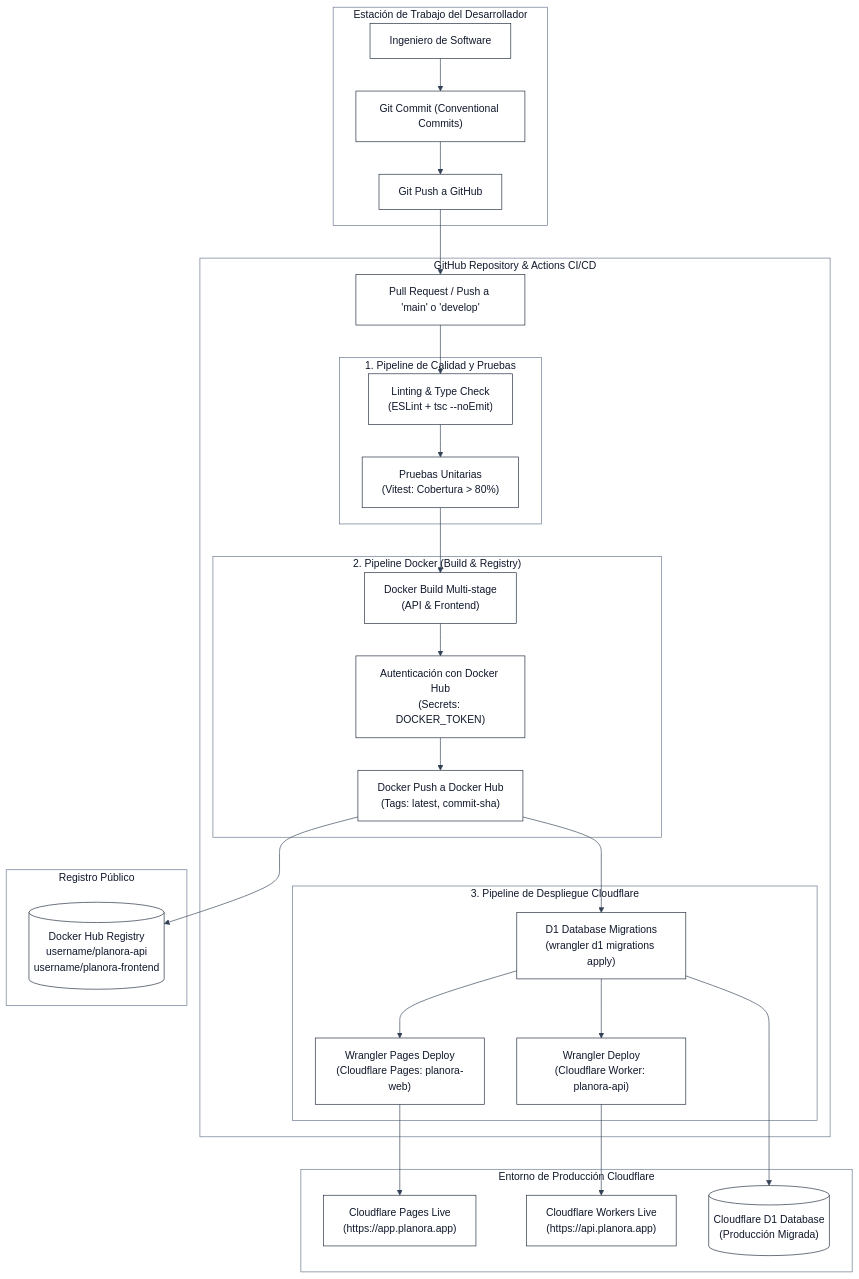
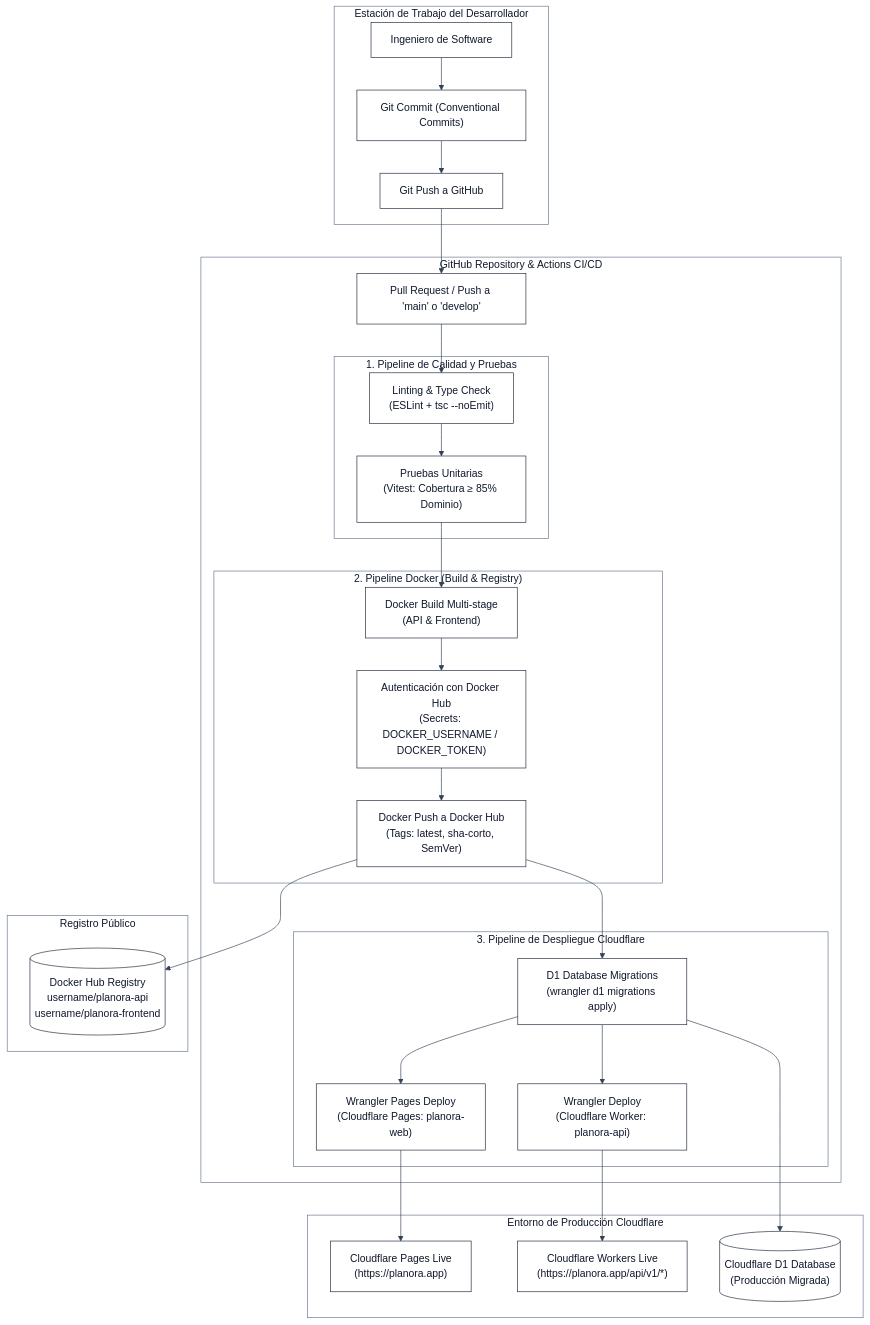
Before and after one commit to Federico2003/GestionEventos: the diagram in docs/deployment.md, drawn with Mermaid. The commit also changed other lines of this file and 13 other files, not shown here.

Commit message:
docs: actualizar README, arquitectura, estrategia de ramas, Docker, D1 y despliegue con el estado final #22

````diff
--- a/docs/deployment.md
+++ b/docs/deployment.md
@@ -26,72 +26,72 @@
 ```mermaid
 %%{init: {
   'theme': 'base',
   'themeVariables': {
     'primaryColor': '#ffffff',
     'primaryBorderColor': '#1e293b',
     'primaryTextColor': '#0f172a',
     'lineColor': '#334155',
     'secondaryColor': '#ffffff',
     'tertiaryColor': '#ffffff',
     'mainBkg': '#ffffff',
     'nodeBorder': '#1e293b',
     'nodeTextColor': '#0f172a',
     'clusterBkg': '#ffffff',
     'clusterBorder': '#64748b',
     'clusterTextColor': '#0f172a',
     'titleColor': '#0f172a',
     'edgeLabelBackground': '#ffffff'
   }
 }}%%
 flowchart TD
     subgraph DevStation["Estación de Trabajo del Desarrollador"]
         Dev["Ingeniero de Software"]
         GitCommit["Git Commit (Conventional Commits)"]
         GitPush["Git Push a GitHub"]
     end
 
     subgraph GitHubPlatform["GitHub Repository & Actions CI/CD"]
         PRCheck["Pull Request / Push a 'main' o 'develop'"]
         
         subgraph Stage1["1. Pipeline de Calidad y Pruebas"]
             LintJob["Linting & Type Check\n(ESLint + tsc --noEmit)"]
-            TestJob["Pruebas Unitarias\n(Vitest: Cobertura > 80%)"]
+            TestJob["Pruebas Unitarias\n(Vitest: Cobertura ≥ 85% Dominio)"]
         end
 
         subgraph Stage2["2. Pipeline Docker (Build & Registry)"]
             DockerBuild["Docker Build Multi-stage\n(API & Frontend)"]
-            DockerHubAuth["Autenticación con Docker Hub\n(Secrets: DOCKER_TOKEN)"]
-            DockerPush["Docker Push a Docker Hub\n(Tags: latest, commit-sha)"]
+            DockerHubAuth["Autenticación con Docker Hub\n(Secrets: DOCKER_USERNAME / DOCKER_TOKEN)"]
+            DockerPush["Docker Push a Docker Hub\n(Tags: latest, sha-corto, SemVer)"]
         end
 
         subgraph Stage3["3. Pipeline de Despliegue Cloudflare"]
             WranglerWorker["Wrangler Deploy\n(Cloudflare Worker: planora-api)"]
             WranglerPages["Wrangler Pages Deploy\n(Cloudflare Pages: planora-web)"]
             D1Migrate["D1 Database Migrations\n(wrangler d1 migrations apply)"]
         end
     end
 
     subgraph Registries["Registro Público"]
         DockerHubRegistry[("Docker Hub Registry\nusername/planora-api\nusername/planora-frontend")]
     end
 
     subgraph CloudflareProduction["Entorno de Producción Cloudflare"]
-        CFPagesLive["Cloudflare Pages Live\n(https://app.planora.app)"]
-        CFWorkersLive["Cloudflare Workers Live\n(https://api.planora.app)"]
+        CFPagesLive["Cloudflare Pages Live\n(https://planora.app)"]
+        CFWorkersLive["Cloudflare Workers Live\n(https://planora.app/api/v1/*)"]
         CFD1Live[("Cloudflare D1 Database\n(Producción Migrada)")]
     end
 
     %% Conexiones
     Dev --> GitCommit --> GitPush --> PRCheck
     PRCheck --> LintJob --> TestJob
     TestJob --> DockerBuild --> DockerHubAuth --> DockerPush
     DockerPush --> DockerHubRegistry
 
     DockerPush --> D1Migrate
     D1Migrate --> WranglerWorker
     D1Migrate --> WranglerPages
 
     WranglerWorker --> CFWorkersLive
     WranglerPages --> CFPagesLive
     D1Migrate --> CFD1Live
 ```
````
